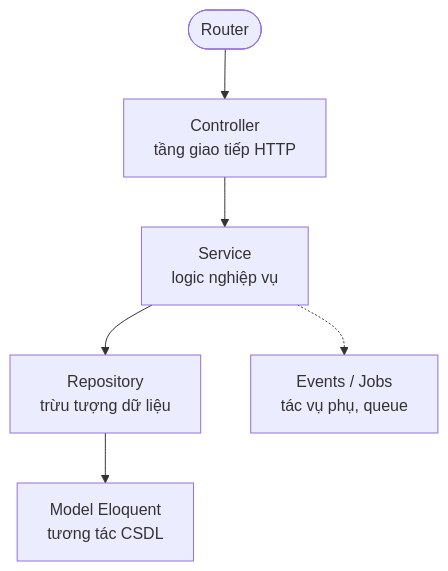
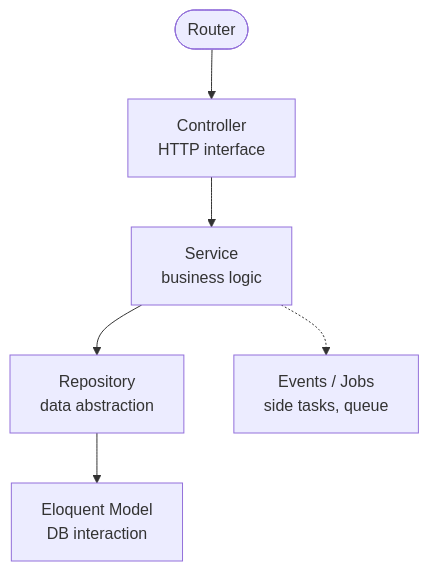
Before and after one commit to sunflynf/web-notes: the first of 4 diagrams in docs/technologies/php/laravel/architecture.mdx, drawn with Mermaid. The commit also changed other lines of this file and 33 other files, not shown here.

````diff
--- a/docs/technologies/php/laravel/architecture.mdx
+++ b/docs/technologies/php/laravel/architecture.mdx
@@ -21,8 +21,8 @@
 ```mermaid
 flowchart TD
-  R([Router]) --> C[Controller<br/>tầng giao tiếp HTTP]
-  C --> S[Service<br/>logic nghiệp vụ]
-  S --> Rp[Repository<br/>trừu tượng dữ liệu]
-  Rp --> M[Model Eloquent<br/>tương tác CSDL]
-  S -.-> E[Events / Jobs<br/>tác vụ phụ, queue]
+  R([Router]) --> C[Controller<br/>HTTP interface]
+  C --> S[Service<br/>business logic]
+  S --> Rp[Repository<br/>data abstraction]
+  Rp --> M[Eloquent Model<br/>DB interaction]
+  S -.-> E[Events / Jobs<br/>side tasks, queue]
 ```
````
